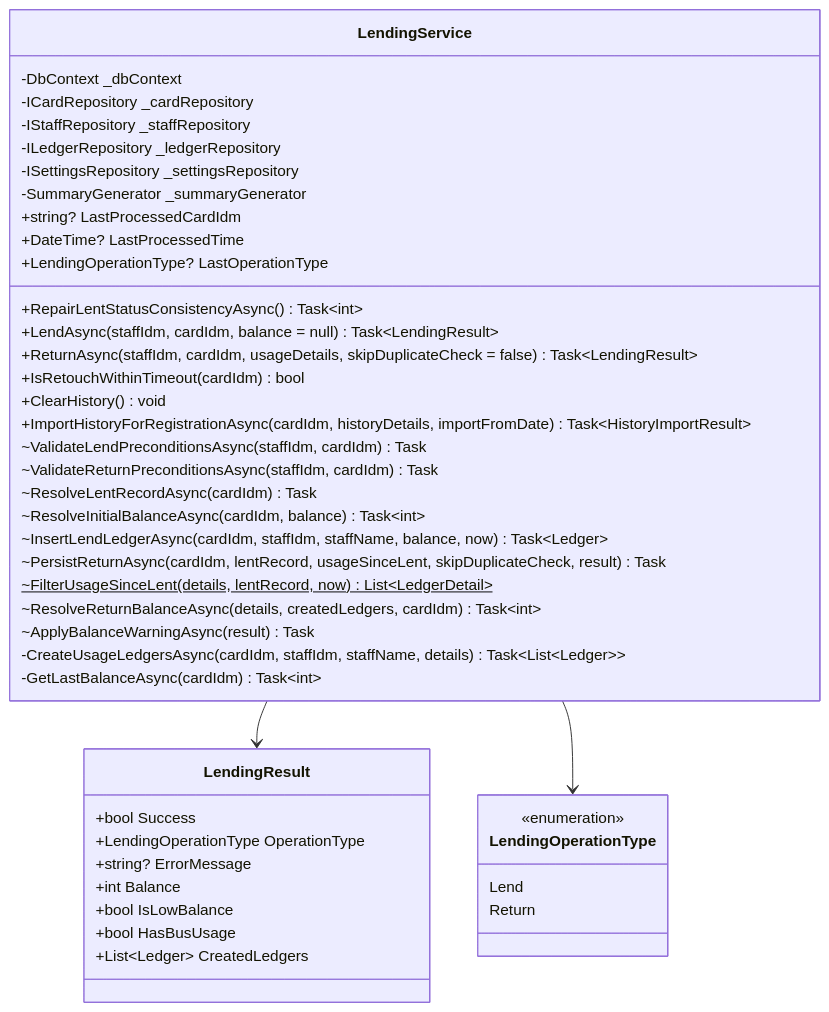
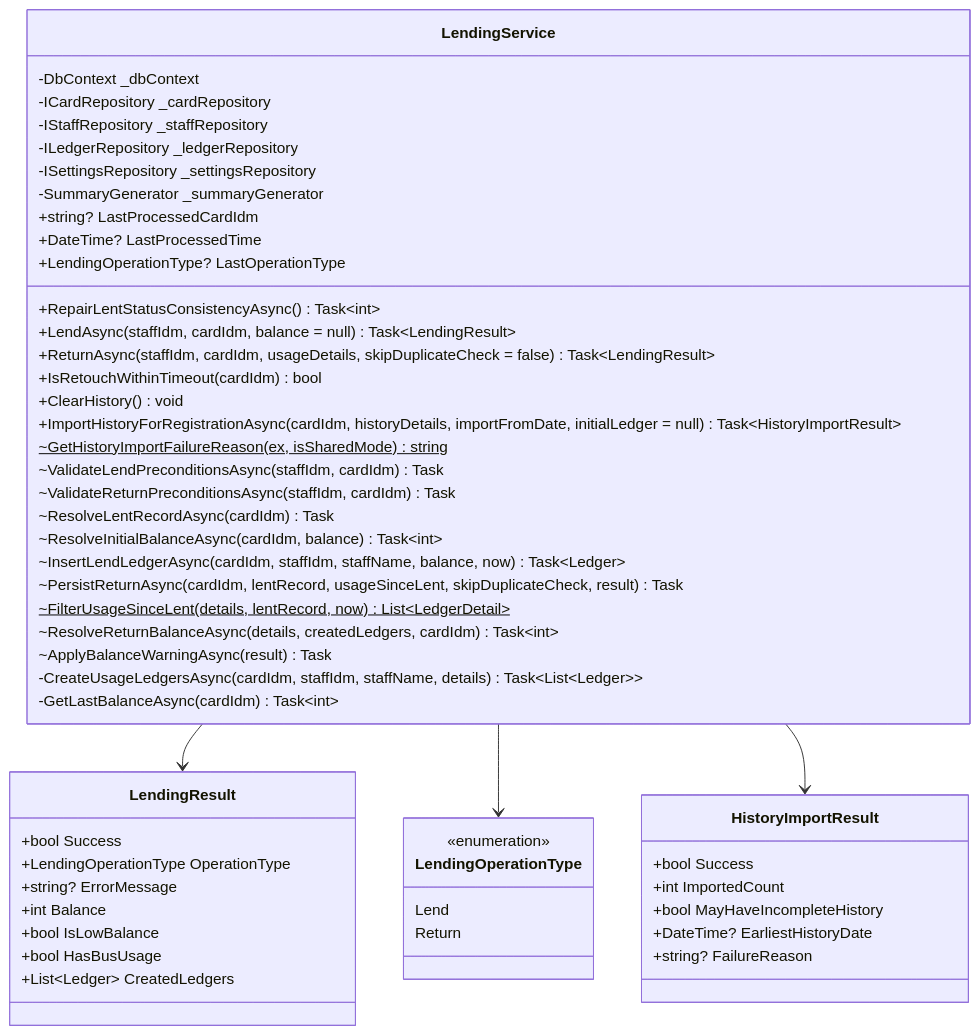
One commit to kuwayamamasayuki/ICCardManager changed the fifth of 48 diagrams in ICCardManager/docs/design/05_クラス設計書.md. Above: the diagram before and after it, drawn with Mermaid. The commit also changed other lines of this file and 11 other files, not shown here.

````diff
--- a/ICCardManager/docs/design/05_クラス設計書.md
+++ b/ICCardManager/docs/design/05_クラス設計書.md
@@ -483,50 +483,60 @@
 ```mermaid
 classDiagram
     class LendingService {
         -DbContext _dbContext
         -ICardRepository _cardRepository
         -IStaffRepository _staffRepository
         -ILedgerRepository _ledgerRepository
         -ISettingsRepository _settingsRepository
         -SummaryGenerator _summaryGenerator
         +string? LastProcessedCardIdm
         +DateTime? LastProcessedTime
         +LendingOperationType? LastOperationType
         +RepairLentStatusConsistencyAsync() Task~int~
         +LendAsync(staffIdm, cardIdm, balance = null) Task~LendingResult~
         +ReturnAsync(staffIdm, cardIdm, usageDetails, skipDuplicateCheck = false) Task~LendingResult~
         +IsRetouchWithinTimeout(cardIdm) bool
         +ClearHistory() void
-        +ImportHistoryForRegistrationAsync(cardIdm, historyDetails, importFromDate) Task~HistoryImportResult~
+        +ImportHistoryForRegistrationAsync(cardIdm, historyDetails, importFromDate, initialLedger = null) Task~HistoryImportResult~
+        ~GetHistoryImportFailureReason(ex, isSharedMode)$ string
         ~ValidateLendPreconditionsAsync(staffIdm, cardIdm) Task
         ~ValidateReturnPreconditionsAsync(staffIdm, cardIdm) Task
         ~ResolveLentRecordAsync(cardIdm) Task
         ~ResolveInitialBalanceAsync(cardIdm, balance) Task~int~
         ~InsertLendLedgerAsync(cardIdm, staffIdm, staffName, balance, now) Task~Ledger~
         ~PersistReturnAsync(cardIdm, lentRecord, usageSinceLent, skipDuplicateCheck, result) Task
         ~FilterUsageSinceLent(details, lentRecord, now)$ List~LedgerDetail~
         ~ResolveReturnBalanceAsync(details, createdLedgers, cardIdm) Task~int~
         ~ApplyBalanceWarningAsync(result) Task
         -CreateUsageLedgersAsync(cardIdm, staffIdm, staffName, details) Task~List~Ledger~~
         -GetLastBalanceAsync(cardIdm) Task~int~
     }
 
     class LendingResult {
         +bool Success
         +LendingOperationType OperationType
         +string? ErrorMessage
         +int Balance
         +bool IsLowBalance
         +bool HasBusUsage
         +List~Ledger~ CreatedLedgers
     }
 
     class LendingOperationType {
         <<enumeration>>
         Lend
         Return
     }
 
+    class HistoryImportResult {
+        +bool Success
+        +int ImportedCount
+        +bool MayHaveIncompleteHistory
+        +DateTime? EarliestHistoryDate
+        +string? FailureReason
+    }
+
     LendingService --> LendingResult
     LendingService --> LendingOperationType
+    LendingService --> HistoryImportResult
 ```
````
